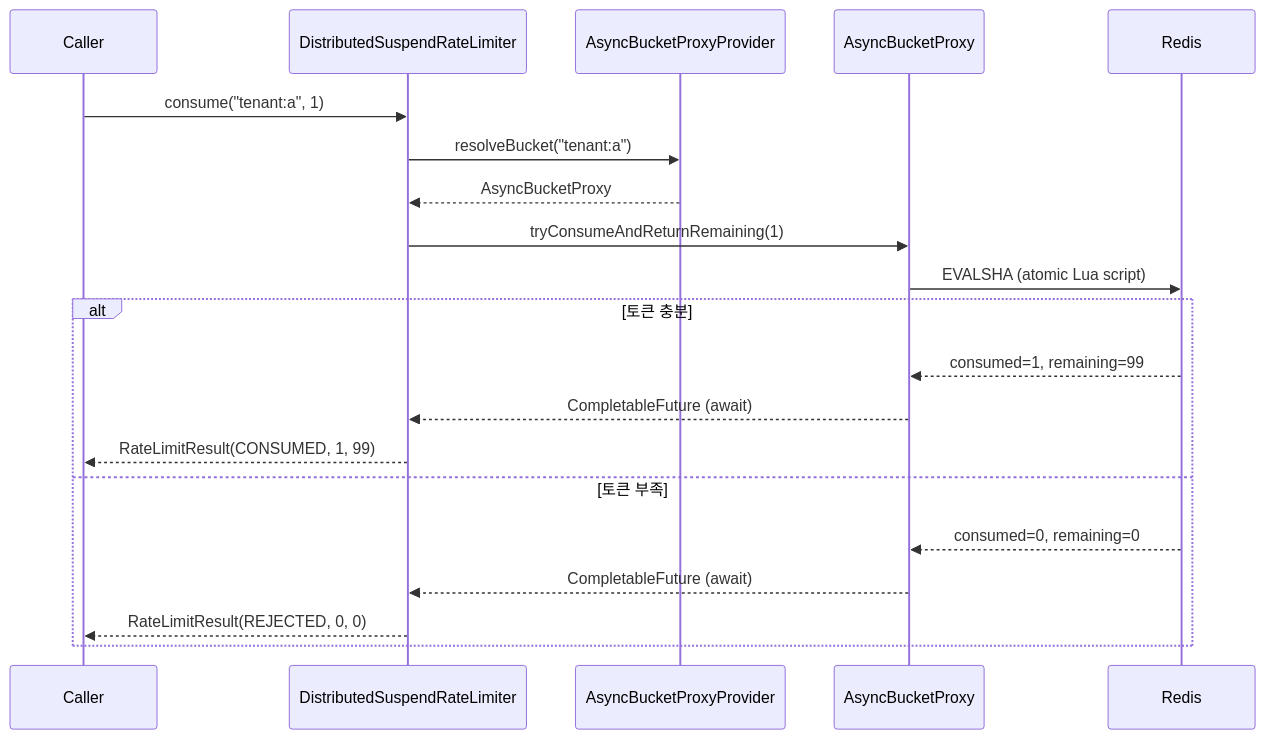
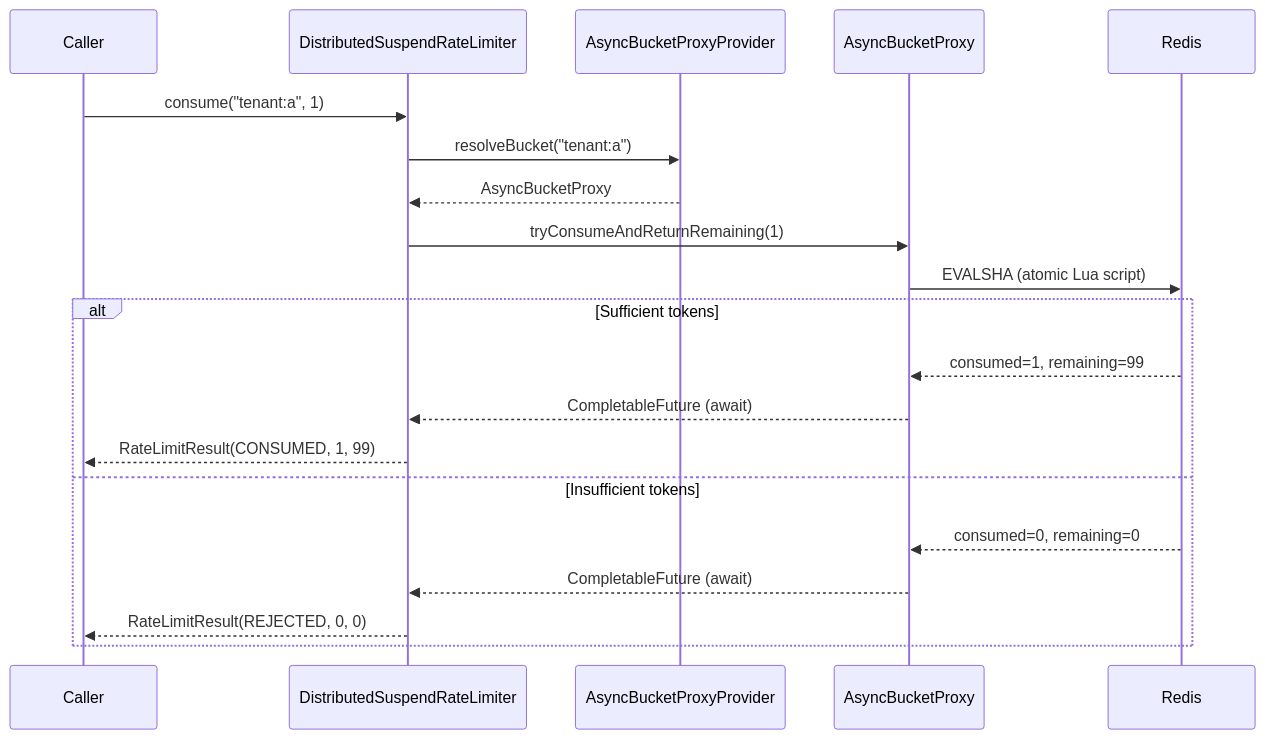
One commit to bluetape4k/bluetape4k-projects changed the third of 3 diagrams in infra/bucket4j/README.md. Above: the diagram before and after it, drawn with Mermaid. The commit also changed other lines of this file and 265 other files, not shown here.

````diff
--- a/infra/bucket4j/README.md
+++ b/infra/bucket4j/README.md
@@ -154,23 +156,23 @@
 ```mermaid
 sequenceDiagram
     participant Caller
     participant DistributedSuspendRateLimiter
     participant AsyncBucketProxyProvider
     participant AsyncBucketProxy
     participant Redis
     Caller ->> DistributedSuspendRateLimiter: consume("tenant:a", 1)
     DistributedSuspendRateLimiter ->> AsyncBucketProxyProvider: resolveBucket("tenant:a")
     AsyncBucketProxyProvider -->> DistributedSuspendRateLimiter: AsyncBucketProxy
     DistributedSuspendRateLimiter ->> AsyncBucketProxy: tryConsumeAndReturnRemaining(1)
     AsyncBucketProxy ->> Redis: EVALSHA (atomic Lua script)
 
-    alt 토큰 충분
+    alt Sufficient tokens
         Redis -->> AsyncBucketProxy: consumed=1, remaining=99
         AsyncBucketProxy -->> DistributedSuspendRateLimiter: CompletableFuture (await)
         DistributedSuspendRateLimiter -->> Caller: RateLimitResult(CONSUMED, 1, 99)
-    else 토큰 부족
+    else Insufficient tokens
         Redis -->> AsyncBucketProxy: consumed=0, remaining=0
         AsyncBucketProxy -->> DistributedSuspendRateLimiter: CompletableFuture (await)
         DistributedSuspendRateLimiter -->> Caller: RateLimitResult(REJECTED, 0, 0)
     end
 ```
````
